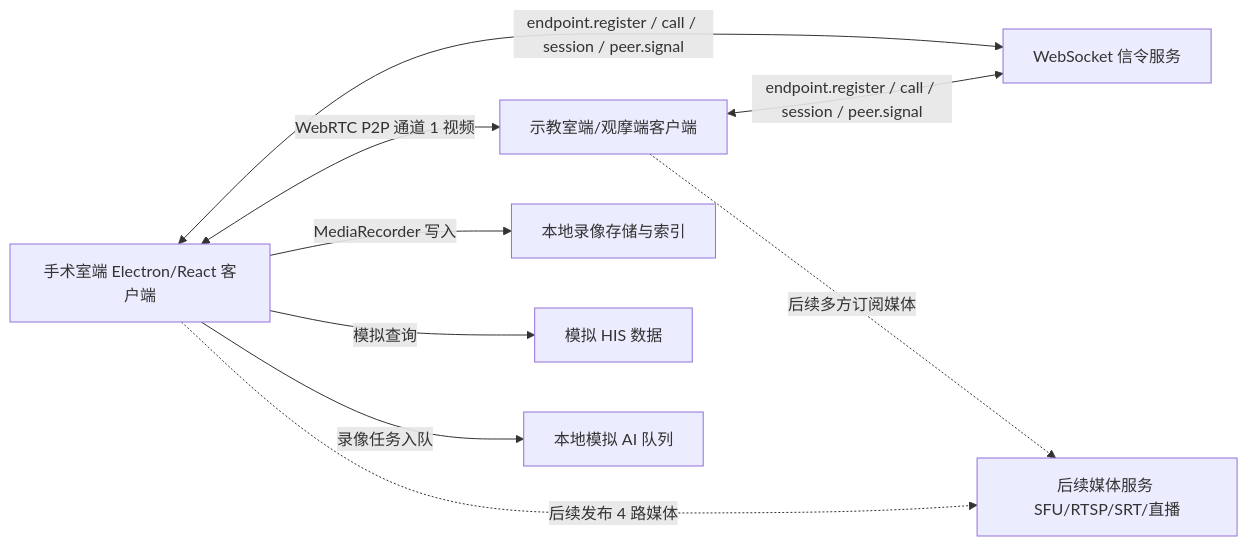
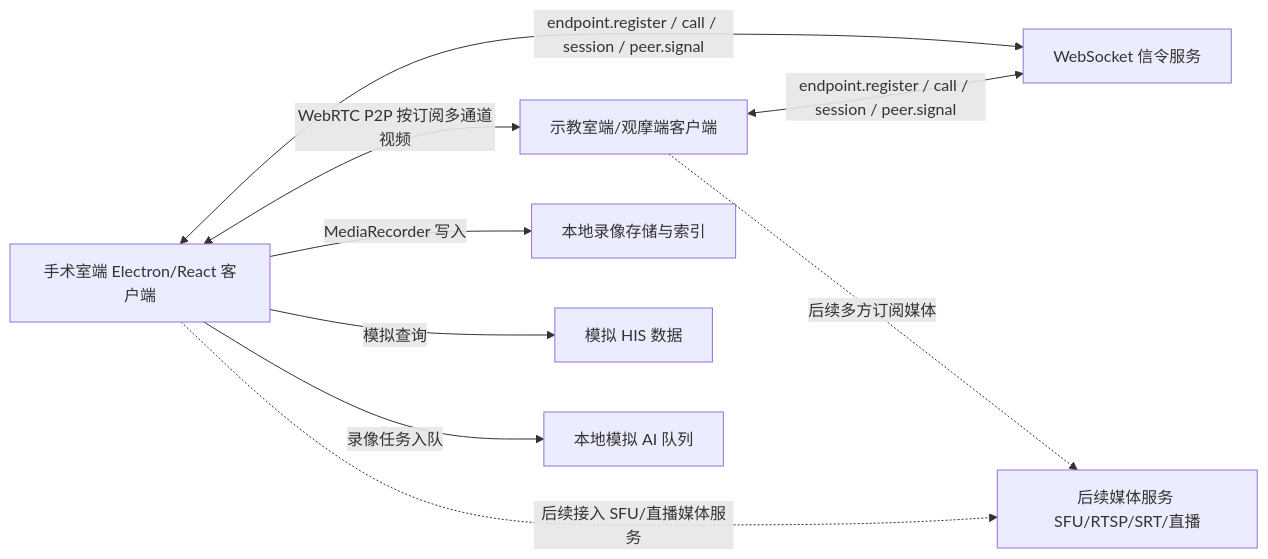
Before and after one commit to ticopapa327-dot/surgical-teaching-phase1-poc: the diagram in docs/architecture.md, drawn with Mermaid. The commit also changed other lines of this file and 6 other files, not shown here.

Commit message:
Add subscribed multi-channel WebRTC publishing

````diff
--- a/docs/architecture.md
+++ b/docs/architecture.md
@@ -5,19 +5,19 @@
 ```mermaid
 flowchart LR
   OR["手术室端 Electron/React 客户端"]
   Teaching["示教室端/观摩端客户端"]
   Signaling["WebSocket 信令服务"]
   Recording["本地录像存储与索引"]
   MockHIS["模拟 HIS 数据"]
   AIQueue["本地模拟 AI 队列"]
   FutureMedia["后续媒体服务 SFU/RTSP/SRT/直播"]
 
   OR <-->|"endpoint.register / call / session / peer.signal"| Signaling
   Teaching <-->|"endpoint.register / call / session / peer.signal"| Signaling
-  OR <-->|"WebRTC P2P 通道 1 视频"| Teaching
+  OR <-->|"WebRTC P2P 按订阅多通道视频"| Teaching
   OR -->|"MediaRecorder 写入"| Recording
   OR -->|"模拟查询"| MockHIS
   OR -->|"录像任务入队"| AIQueue
-  OR -.->|"后续发布 4 路媒体"| FutureMedia
+  OR -.->|"后续接入 SFU/直播媒体服务"| FutureMedia
   Teaching -.->|"后续多方订阅媒体"| FutureMedia
 ```
````
